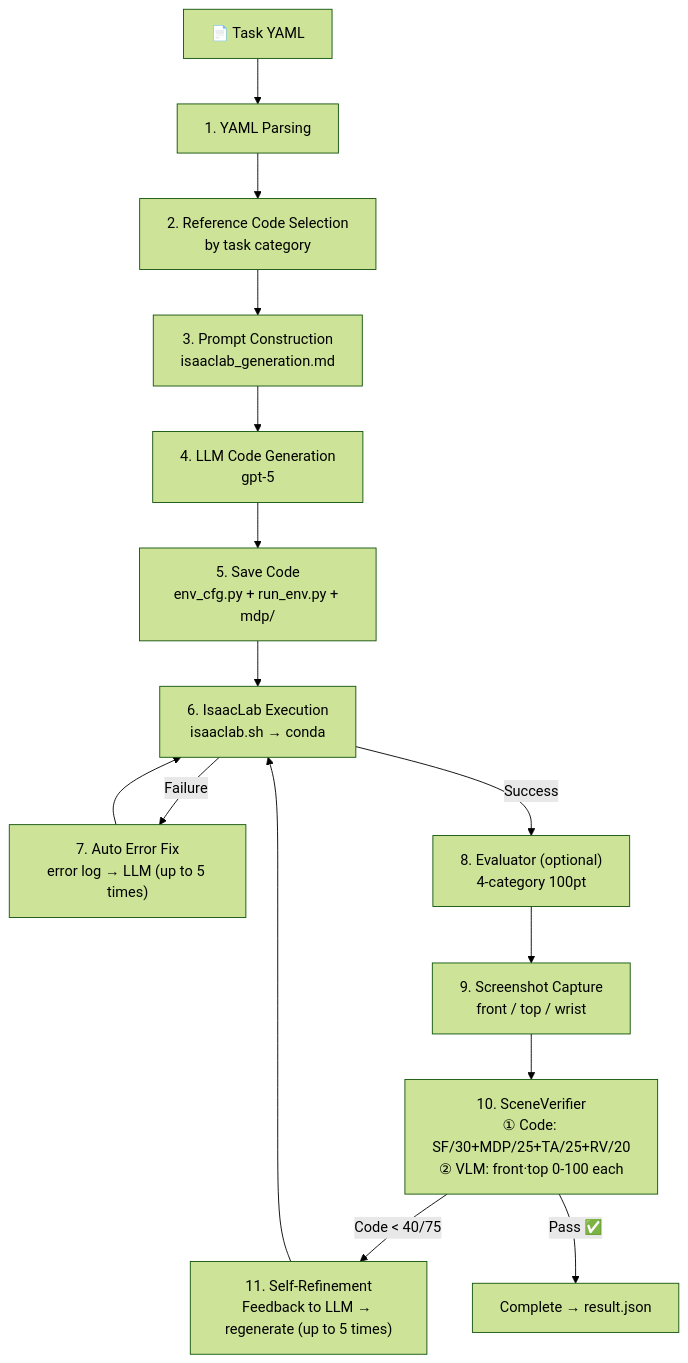
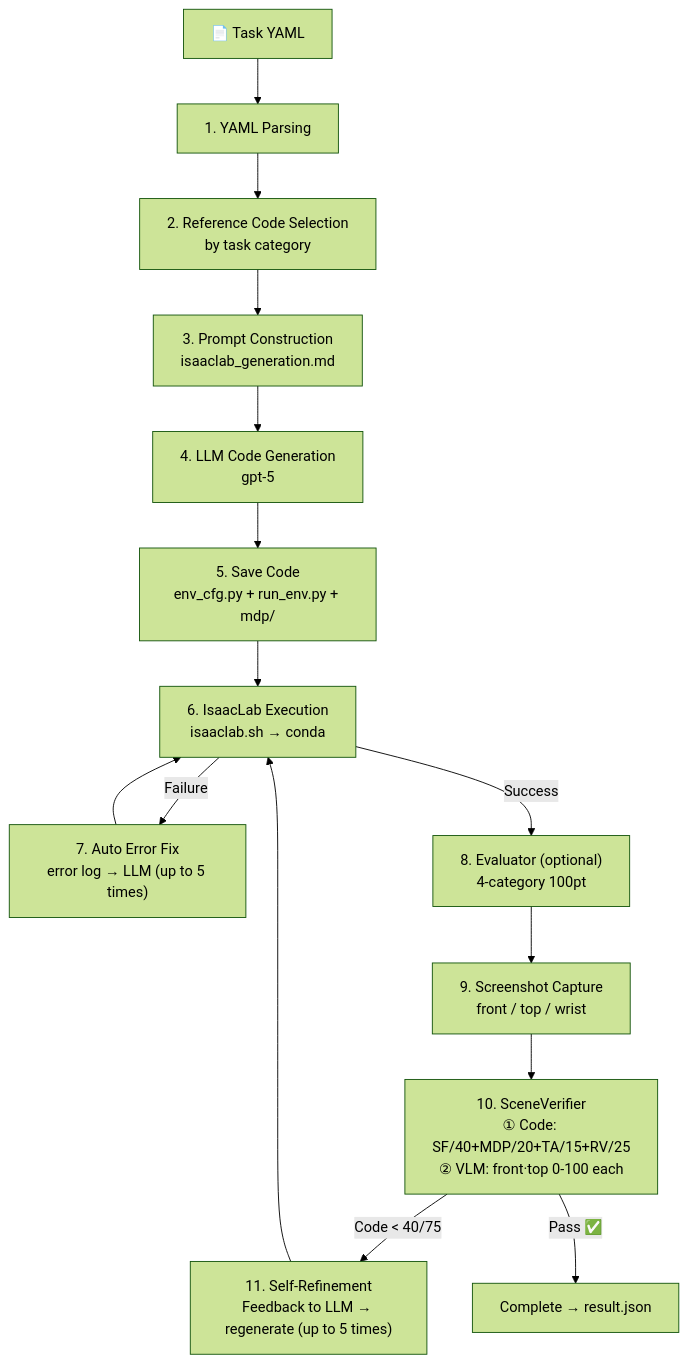
One commit to SKKU-PRISM/Simulation-Generation-Agent changed the third of 3 diagrams in docs/architecture.md. Above: the diagram before and after it, drawn with Mermaid (forest theme). The commit also changed 7 other files, not shown here.

````diff
--- a/docs/architecture.md
+++ b/docs/architecture.md
@@ -79,20 +79,20 @@
 ```mermaid
 flowchart TD
     YAML["📄 Task YAML"] --> PARSE["1. YAML Parsing"]
     PARSE --> REF["2. Reference Code Selection\nby task category"]
     REF --> PROMPT["3. Prompt Construction\nisaaclab_generation.md"]
     PROMPT --> GEN["4. LLM Code Generation\ngpt-5"]
     GEN --> WRITE["5. Save Code\nenv_cfg.py + run_env.py + mdp/"]
     WRITE --> EXEC["6. IsaacLab Execution\nisaaclab.sh → conda"]
 
     EXEC -- "Failure" --> FIX["7. Auto Error Fix\nerror log → LLM (up to 5 times)"]
     FIX --> EXEC
 
     EXEC -- "Success" --> EVAL["8. Evaluator (optional)\n4-category 100pt"]
     EVAL --> CAP["9. Screenshot Capture\nfront / top / wrist"]
-    CAP --> VER["10. SceneVerifier\n① Code: SF/30+MDP/25+TA/25+RV/20\n② VLM: front·top 0-100 each"]
+    CAP --> VER["10. SceneVerifier\n① Code: SF/40+MDP/20+TA/15+RV/25\n② VLM: front·top 0-100 each"]
 
     VER -- "Code < 40/75" --> REFINE["11. Self-Refinement\nFeedback to LLM → regenerate (up to 5 times)"]
     REFINE --> EXEC
     VER -- "Pass ✅" --> DONE["Complete → result.json"]
 ```
````
